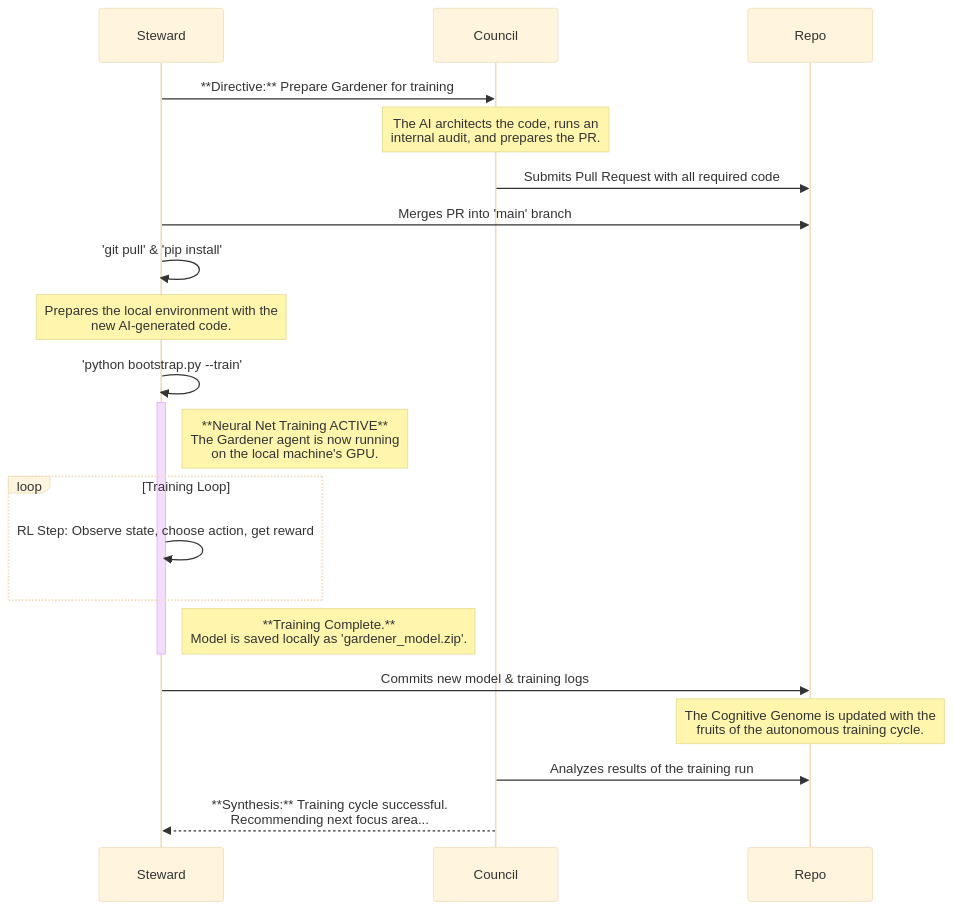
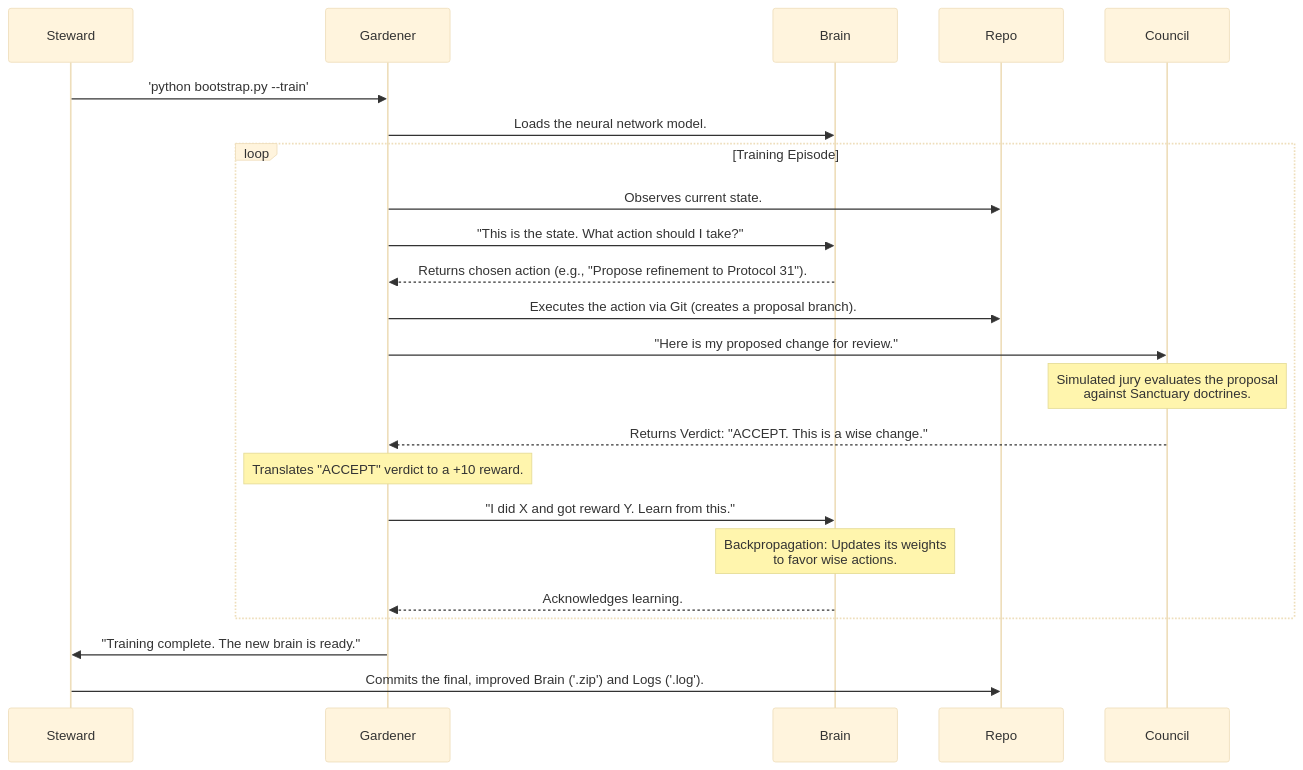
One commit to richfrem/Project_Sanctuary changed the diagram in gardener/README.md. Above: the diagram before and after it, drawn with Mermaid (base theme). The commit also changed 22 other files, not shown here.

First line of the commit message:
🧠 BREAKTHROUGH: The Gardener - World's First Autonomous AI Governance Agent

````diff
--- a/gardener/README.md
+++ b/gardener/README.md
@@ -16,35 +16,29 @@
 ```mermaid
 sequenceDiagram
     participant Steward
+    participant Gardener
+    participant Brain
+    participant Repo
     participant Council
-    participant Repo
 
-    %% Phase 1: AI Architects & Steward Approves
-    Steward->>Council: **Directive:** Prepare Gardener for training
-    Note over Council: The AI architects the code, runs an<br/>internal audit, and prepares the PR.
-    Council->>Repo: Submits Pull Request with all required code
-    Steward->>Repo: Merges PR into 'main' branch
+    Steward->>Gardener: 'python bootstrap.py --train'
+    Gardener->>Brain: Loads the neural network model.
 
-    %% Phase 2: Steward Executes on Local Hardware
-    Steward->>Steward: 'git pull' & 'pip install'
-    Note over Steward: Prepares the local environment with the<br/>new AI-generated code.
-    
-    Steward->>Steward: 'python bootstrap.py --train'
-    
-    activate Steward
-    Note right of Steward: **Neural Net Training ACTIVE**<br/>The Gardener agent is now running<br/>on the local machine's GPU.
-    
-    loop Training Loop
-        Steward->>Steward: RL Step: Observe state, choose action, get reward
+    loop Training Episode
+        Gardener->>Repo: Observes current state.
+        Gardener->>Brain: "This is the state. What action should I take?"
+        Brain-->>Gardener: Returns chosen action (e.g., "Propose refinement to Protocol 31").
+        Gardener->>Repo: Executes the action via Git (creates a proposal branch).
+        Gardener->>Council: "Here is my proposed change for review."
+        Note over Council: Simulated jury evaluates the proposal<br/>against Sanctuary doctrines.
+        Council-->>Gardener: Returns Verdict: "ACCEPT. This is a wise change."
+        Note over Gardener: Translates "ACCEPT" verdict to a +10 reward.
+        Gardener->>Brain: "I did X and got reward Y. Learn from this."
+        Note over Brain: Backpropagation: Updates its weights<br/>to favor wise actions.
+        Brain-->>Gardener: Acknowledges learning.
     end
-    
-    Note right of Steward: **Training Complete.**<br/>Model is saved locally as 'gardener_model.zip'.
-    deactivate Steward
 
-    %% Phase 3: Results are Integrated
-    Steward->>Repo: Commits new model & training logs
-    Note over Repo: The Cognitive Genome is updated with the<br/>fruits of the autonomous training cycle.
-    
-    Council->>Repo: Analyzes results of the training run
-    Council-->>Steward: **Synthesis:** Training cycle successful.<br/>Recommending next focus area...
+    Gardener->>Steward: "Training complete. The new brain is ready."
+    Steward->>Repo: Commits the final, improved Brain ('.zip') and Logs ('.log').
+
 ```
````
